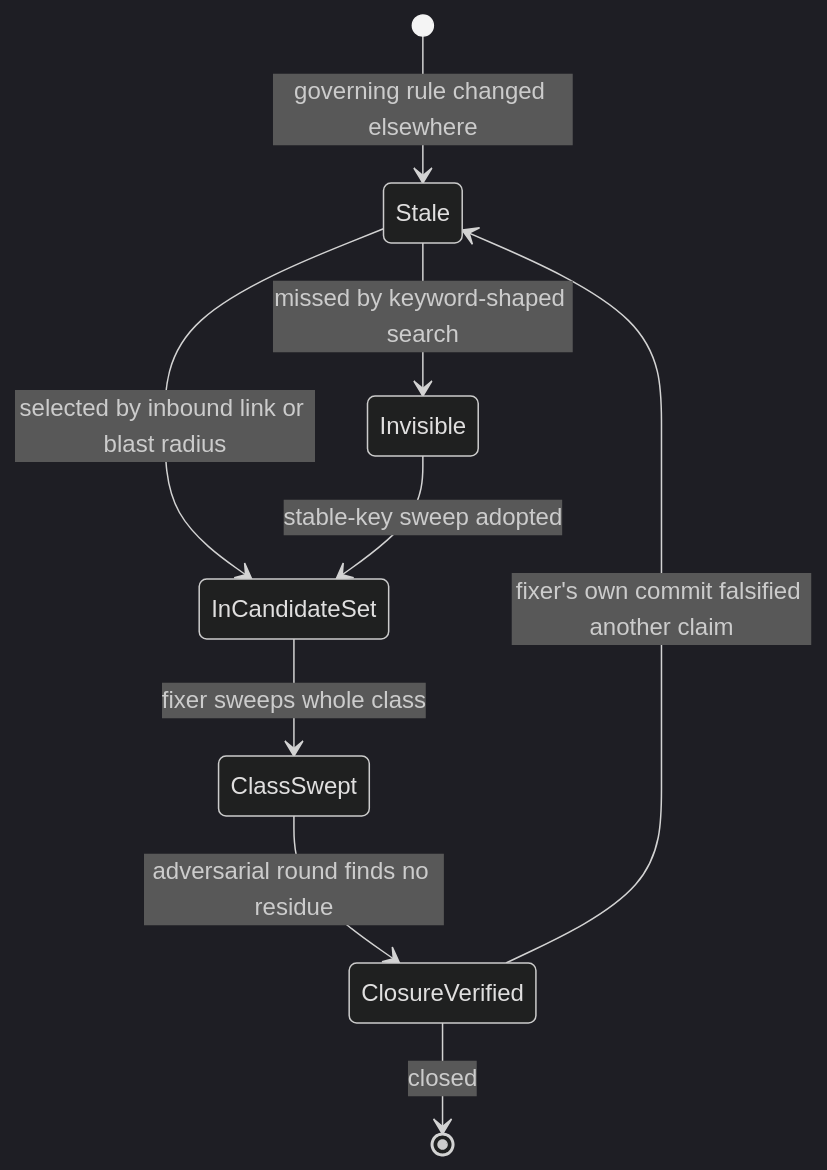
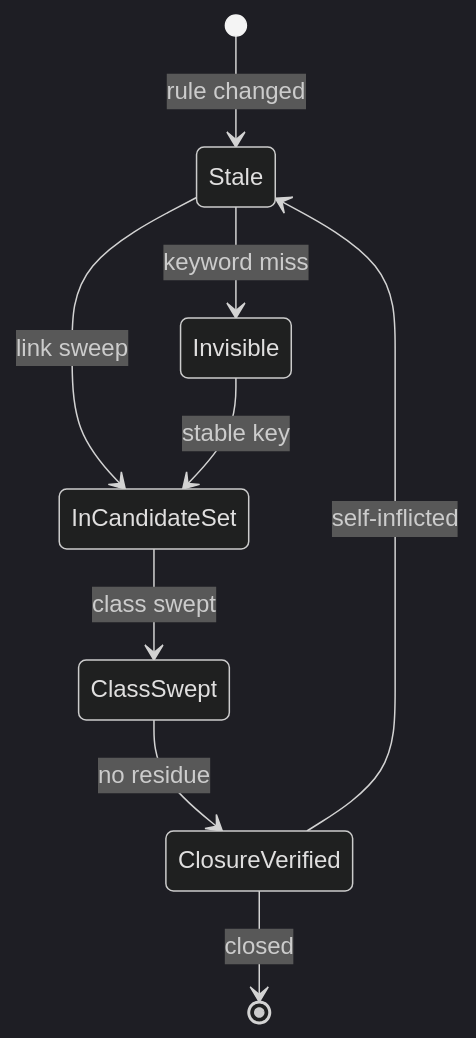
Before and after one commit to wahidyankf/baseerah: the sixth of 8 diagrams in plans/backlog/2026-07-20__repo-rules-quality-gate-convergence/tech-docs.md, drawn with Mermaid (dark theme). The commit also changed other lines of this file, not shown here.

Commit message:
fix(plans): shorten stateDiagram edge labels that clip when rendered
The blind-spot lifecycle diagram used transition labels up to 42
characters. GitHub's mermaid renderer clips stateDiagram-v2 edge labels,
so "missed by keyword-shaped search" displayed as "missed by keyword-shaped
s" and "adversarial round finds no residue" as "adversarial round finds no
r" — the diagram was silently wrong in the rendered view while correct in
source, which no text-based validator can see.

Labels shortened to fit, with the full transition text moved to a prose
list below the diagram so nothing is lost.

````diff
--- a/plans/backlog/2026-07-20__repo-rules-quality-gate-convergence/tech-docs.md
+++ b/plans/backlog/2026-07-20__repo-rules-quality-gate-convergence/tech-docs.md
@@ -122,12 +122,12 @@
 ```mermaid
 %% A single stale passage's states from introduction to closure
 stateDiagram-v2
-  [*] --> Stale: governing rule changed elsewhere
-  Stale --> InCandidateSet: selected by inbound link or blast radius
-  Stale --> Invisible: missed by keyword-shaped search
-  Invisible --> InCandidateSet: stable-key sweep adopted
-  InCandidateSet --> ClassSwept: fixer sweeps whole class
-  ClassSwept --> ClosureVerified: adversarial round finds no residue
+  [*] --> Stale: rule changed
+  Stale --> InCandidateSet: link sweep
+  Stale --> Invisible: keyword miss
+  Invisible --> InCandidateSet: stable key
+  InCandidateSet --> ClassSwept: class swept
+  ClassSwept --> ClosureVerified: no residue
   ClosureVerified --> [*]: closed
-  ClosureVerified --> Stale: fixer's own commit falsified another claim
+  ClosureVerified --> Stale: self-inflicted
 ```
````
